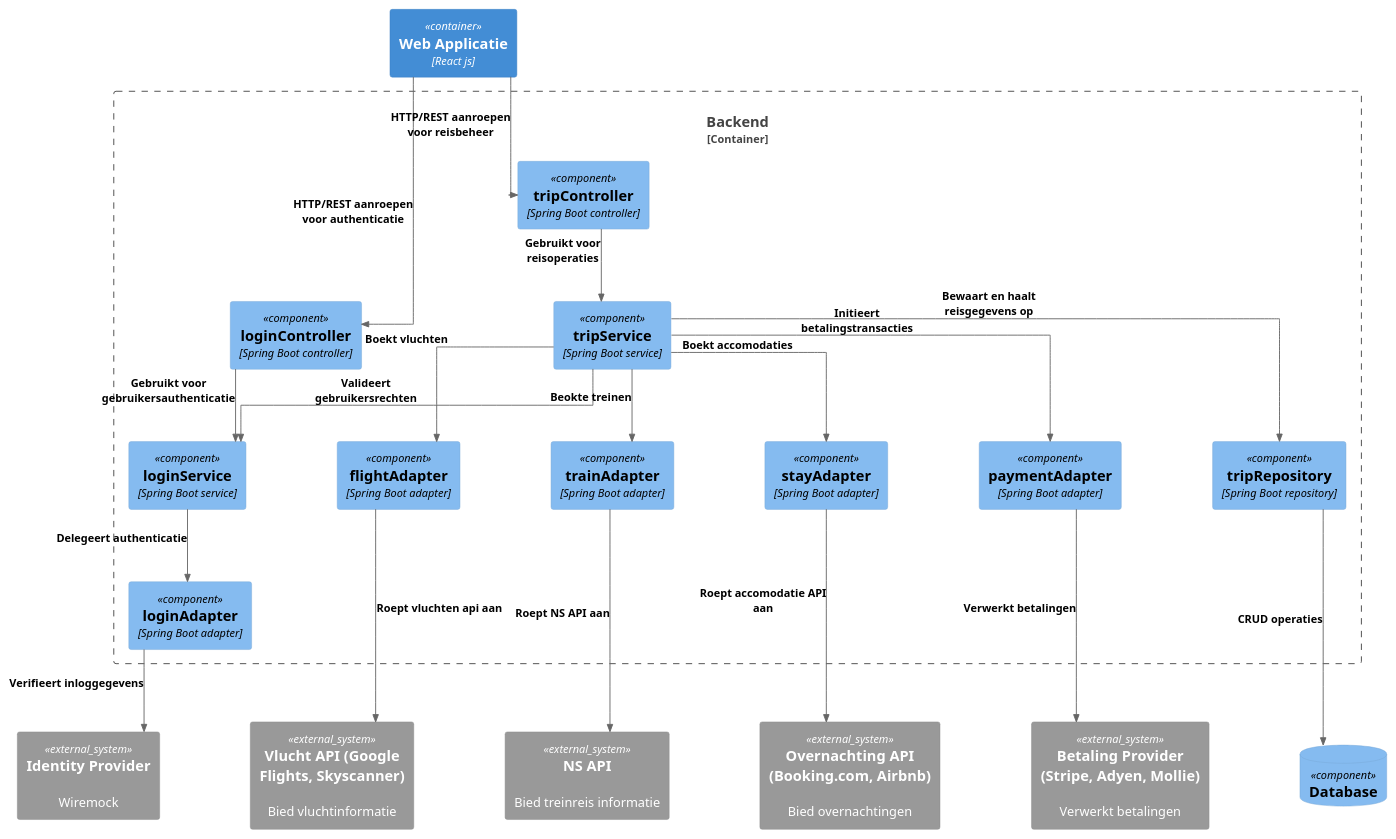
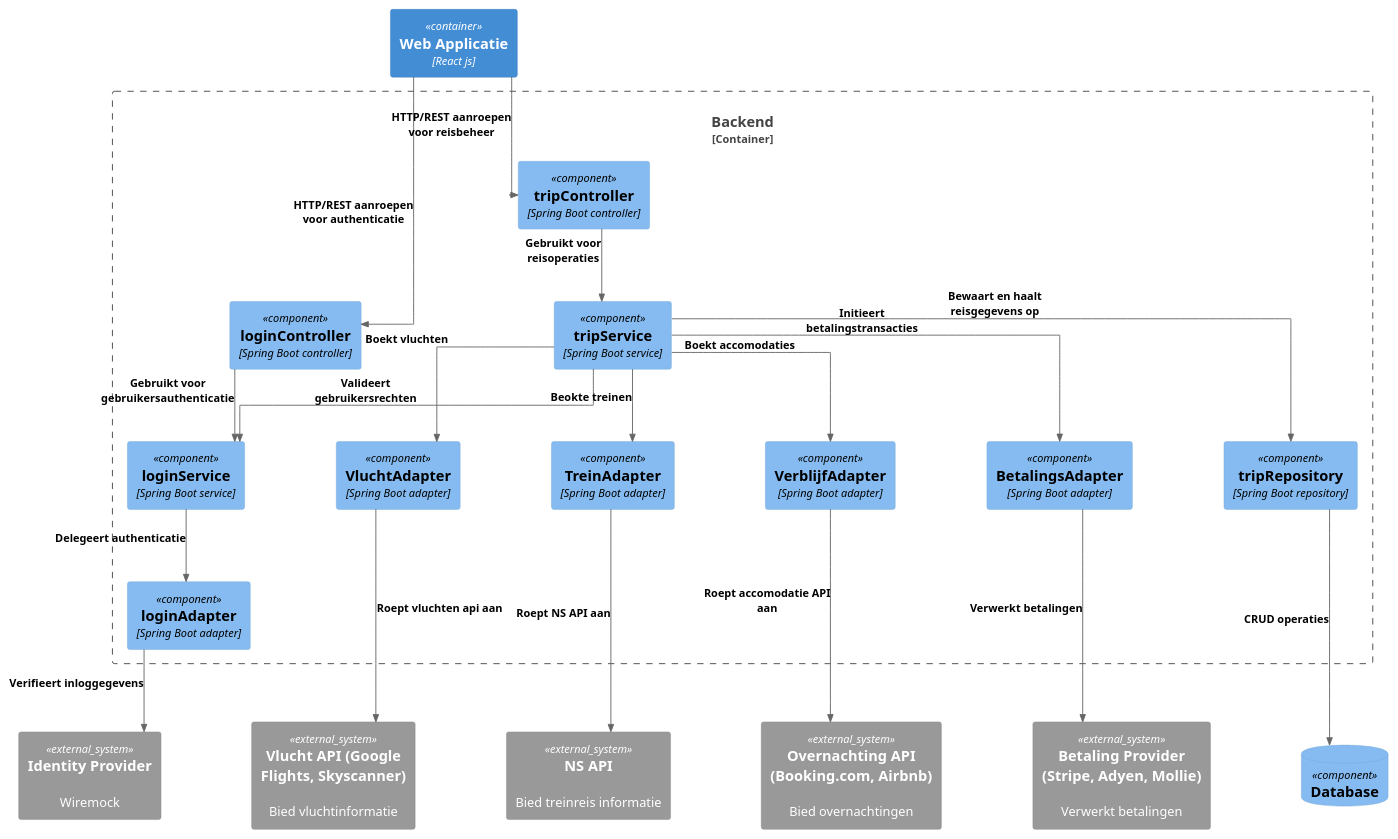
One commit to AIM-ENE-feb25/triptop-livingin-s-pain-nouri-siebe-boris changed the diagram in opdracht-diagrammen/Groeps-diagram/component-backend.puml. Above: the diagram before and after it, drawn with PlantUML. The commit also changed 2 other files, not shown here.

Commit message:
sequence

```diff
--- a/opdracht-diagrammen/Groeps-diagram/component-backend.puml
+++ b/opdracht-diagrammen/Groeps-diagram/component-backend.puml
@@ -1,66 +1,66 @@
 @startuml
 !include https://raw.githubusercontent.com/plantuml-stdlib/C4-PlantUML/master/C4_Component.puml
 
 skinparam ranksep 80
 skinparam nodesep 100
 skinparam ArrowColor #666666
 skinparam linetype ortho
 skinparam ArrowFontSize 12
 skinparam ArrowFontColor black
 skinparam ArrowFontStyle bold
 skinparam ArrowFontName Arial
 
 LAYOUT_TOP_DOWN()
 
 Container(frontend, "Web Applicatie", "React js")
 
 Container_Boundary(cb, "Backend") {
     Component(logincontroller, "loginController", "Spring Boot controller")
     Component(tripcontroller, "tripController", "Spring Boot controller")
     Component(loginservice, "loginService", "Spring Boot service")
     Component(tripservice, "tripService", "Spring Boot service")
     Component(loginadapter, "loginAdapter", "Spring Boot adapter")
-    Component(flightadapter, "flightAdapter", "Spring Boot adapter")
-    Component(trainadapter, "trainAdapter", "Spring Boot adapter")
-    Component(stayadapter, "stayAdapter", "Spring Boot adapter")
-    Component(paymentadapter, "paymentAdapter", "Spring Boot adapter")
+    Component(flightadapter, "VluchtAdapter", "Spring Boot adapter")
+    Component(trainadapter, "TreinAdapter", "Spring Boot adapter")
+    Component(stayadapter, "VerblijfAdapter", "Spring Boot adapter")
+    Component(paymentadapter, "BetalingsAdapter", "Spring Boot adapter")
     Component(triprepository, "tripRepository", "Spring Boot repository")
 }
 
 together{
     System_Ext(idprovider, "Identity Provider", "Wiremock")
     System_Ext(ns, "NS API", "Bied treinreis informatie")
     System_Ext(stay, "Overnachting API (Booking.com, Airbnb)", "Bied overnachtingen")
     System_Ext(flight, "Vlucht API (Google Flights, Skyscanner)", "Bied vluchtinformatie")
     System_Ext(payment, "Betaling Provider (Stripe, Adyen, Mollie)", "Verwerkt betalingen")
 
     ComponentDb(db, "Database")
 
 }
 
   Rel(frontend, logincontroller, "HTTP/REST aanroepen voor authenticatie")
   Rel(frontend, tripcontroller, "HTTP/REST aanroepen voor reisbeheer")
 
   Rel(logincontroller, loginservice, "Gebruikt voor gebruikersauthenticatie")
   Rel(tripcontroller, tripservice, "Gebruikt voor reisoperaties")
 
   Rel(tripservice, loginservice, "Valideert gebruikersrechten")
 
   Rel(tripservice, flightadapter, "Boekt vluchten")
   Rel(tripservice, trainadapter, "Beokte treinen")
   Rel(tripservice, stayadapter, "Boekt accomodaties")
   Rel(tripservice, paymentadapter, "Initieert betalingstransacties")
   Rel(trainadapter, ns, "Roept NS API aan")
   Rel(stayadapter, stay, "Roept accomodatie API aan")
   Rel(flightadapter, flight, "Roept vluchten api aan")
   Rel(paymentadapter, payment, "Verwerkt betalingen")
 
   Rel(tripservice, triprepository, "Bewaart en haalt reisgegevens op")
   Rel(triprepository, db, "CRUD operaties")
 
   Rel(loginservice, loginadapter, "Delegeert authenticatie")
   Rel(loginadapter, idprovider, "Verifieert inloggegevens")
 
 
 
 @enduml
```
